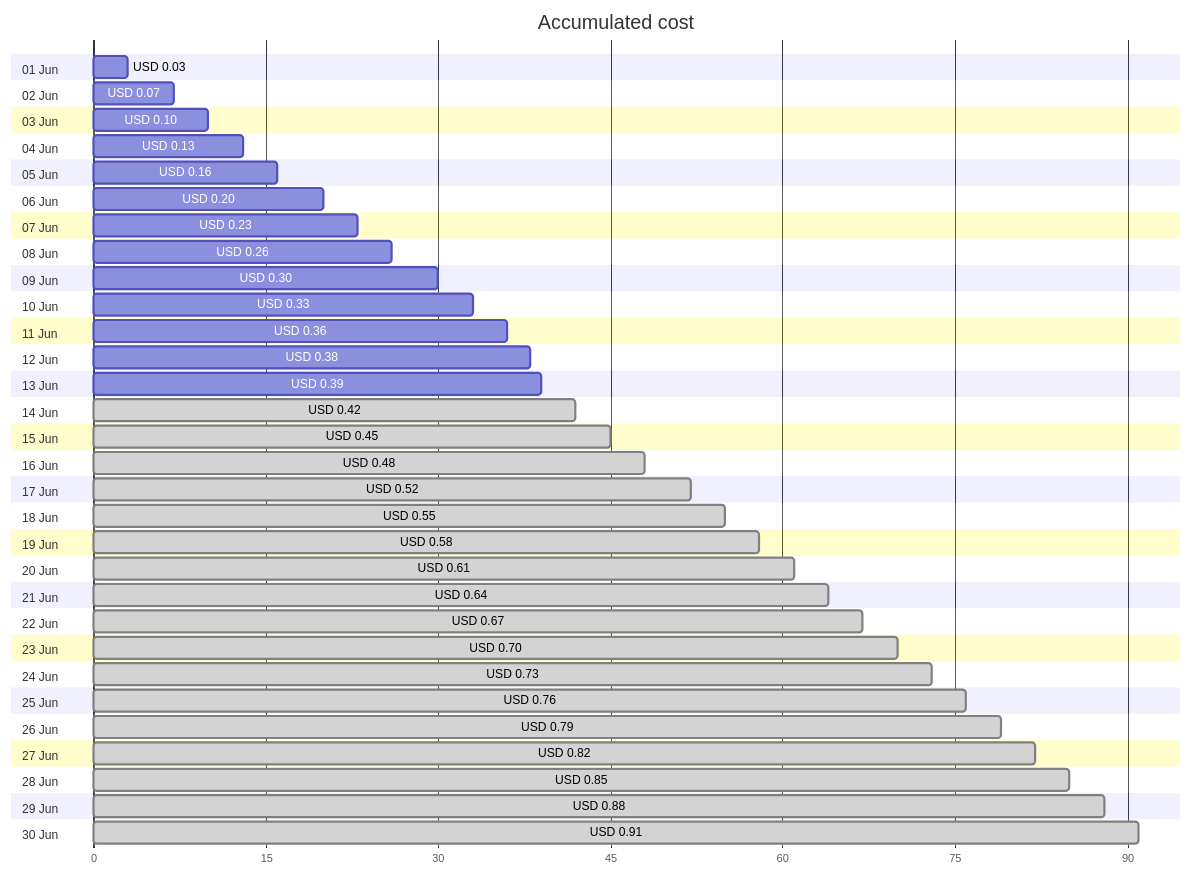
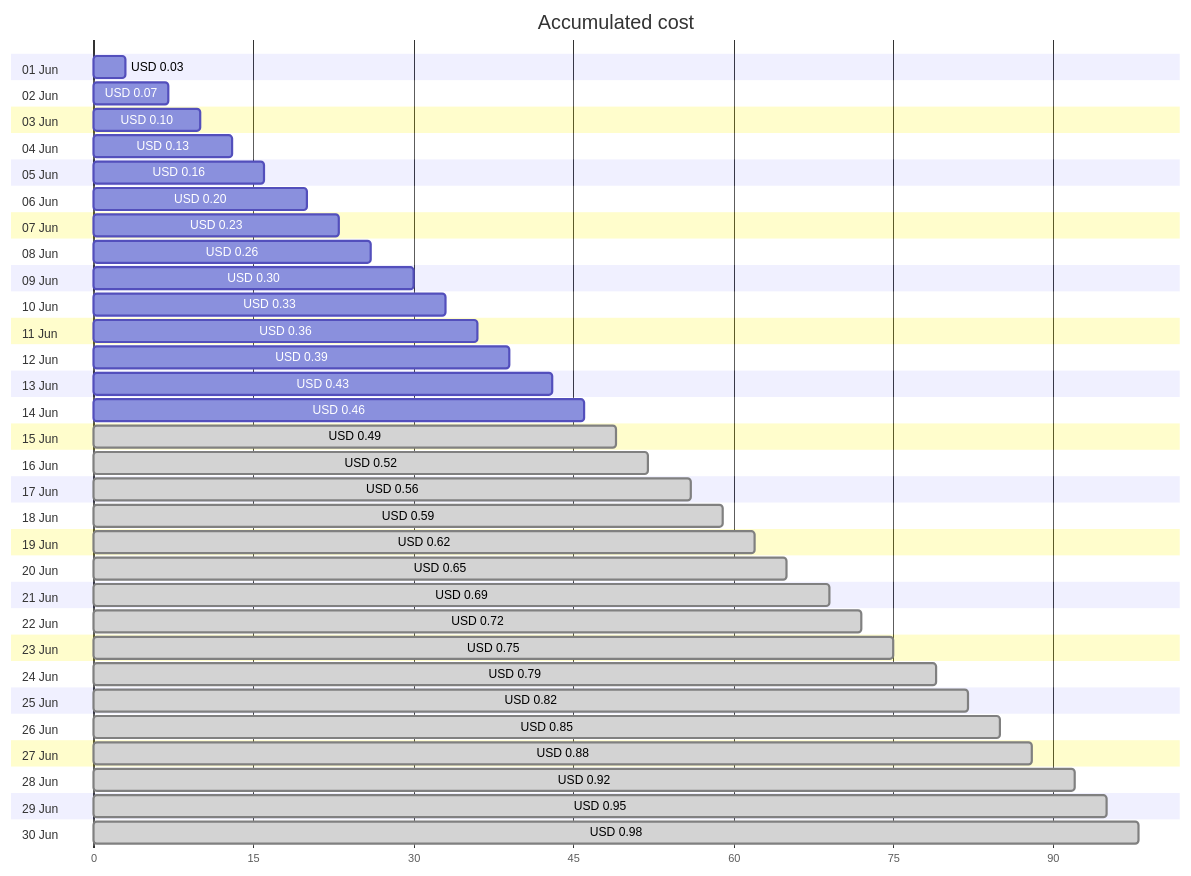
One commit to jpfulton/azure-personal-reports changed the first of 4 diagrams in cost-reports/personal-dns/README.md. Above: the diagram before and after it, drawn with Mermaid. The commit also changed other lines of this file and 2 other files, not shown here.

Commit message:
Generated reports [skip ci]

````diff
--- a/cost-reports/personal-dns/README.md
+++ b/cost-reports/personal-dns/README.md
@@ -20,66 +20,66 @@
 ```mermaid
 gantt
    title Accumulated cost
    dateFormat  X
    axisFormat %s
    section 01 Jun
    USD 0.03 :0, 3
    section 02 Jun
    USD 0.07 :0, 7
    section 03 Jun
    USD 0.10 :0, 10
    section 04 Jun
    USD 0.13 :0, 13
    section 05 Jun
    USD 0.16 :0, 16
    section 06 Jun
    USD 0.20 :0, 20
    section 07 Jun
    USD 0.23 :0, 23
    section 08 Jun
    USD 0.26 :0, 26
    section 09 Jun
    USD 0.30 :0, 30
    section 10 Jun
    USD 0.33 :0, 33
    section 11 Jun
    USD 0.36 :0, 36
    section 12 Jun
-   USD 0.38 :0, 38
+   USD 0.39 :0, 39
    section 13 Jun
-   USD 0.39 :0, 39
+   USD 0.43 :0, 43
    section 14 Jun
-   USD 0.42 : done, 0, 42
+   USD 0.46 :0, 46
    section 15 Jun
-   USD 0.45 : done, 0, 45
+   USD 0.49 : done, 0, 49
    section 16 Jun
-   USD 0.48 : done, 0, 48
+   USD 0.52 : done, 0, 52
    section 17 Jun
-   USD 0.52 : done, 0, 52
+   USD 0.56 : done, 0, 56
    section 18 Jun
-   USD 0.55 : done, 0, 55
+   USD 0.59 : done, 0, 59
    section 19 Jun
-   USD 0.58 : done, 0, 58
+   USD 0.62 : done, 0, 62
    section 20 Jun
-   USD 0.61 : done, 0, 61
+   USD 0.65 : done, 0, 65
    section 21 Jun
-   USD 0.64 : done, 0, 64
+   USD 0.69 : done, 0, 69
    section 22 Jun
-   USD 0.67 : done, 0, 67
+   USD 0.72 : done, 0, 72
    section 23 Jun
-   USD 0.70 : done, 0, 70
+   USD 0.75 : done, 0, 75
    section 24 Jun
-   USD 0.73 : done, 0, 73
+   USD 0.79 : done, 0, 79
    section 25 Jun
-   USD 0.76 : done, 0, 76
+   USD 0.82 : done, 0, 82
    section 26 Jun
-   USD 0.79 : done, 0, 79
+   USD 0.85 : done, 0, 85
    section 27 Jun
-   USD 0.82 : done, 0, 82
+   USD 0.88 : done, 0, 88
    section 28 Jun
-   USD 0.85 : done, 0, 85
+   USD 0.92 : done, 0, 92
    section 29 Jun
-   USD 0.88 : done, 0, 88
+   USD 0.95 : done, 0, 95
    section 30 Jun
-   USD 0.91 : done, 0, 91
+   USD 0.98 : done, 0, 98
 ```
````
